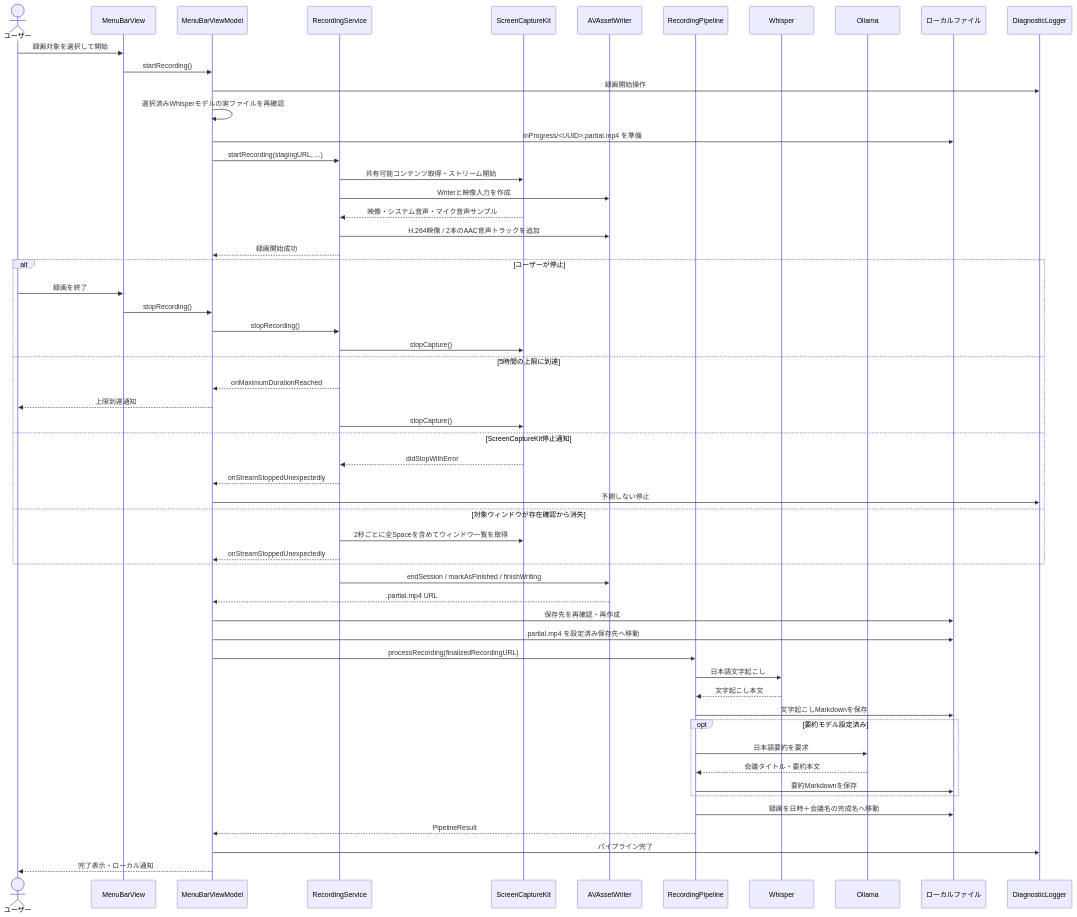
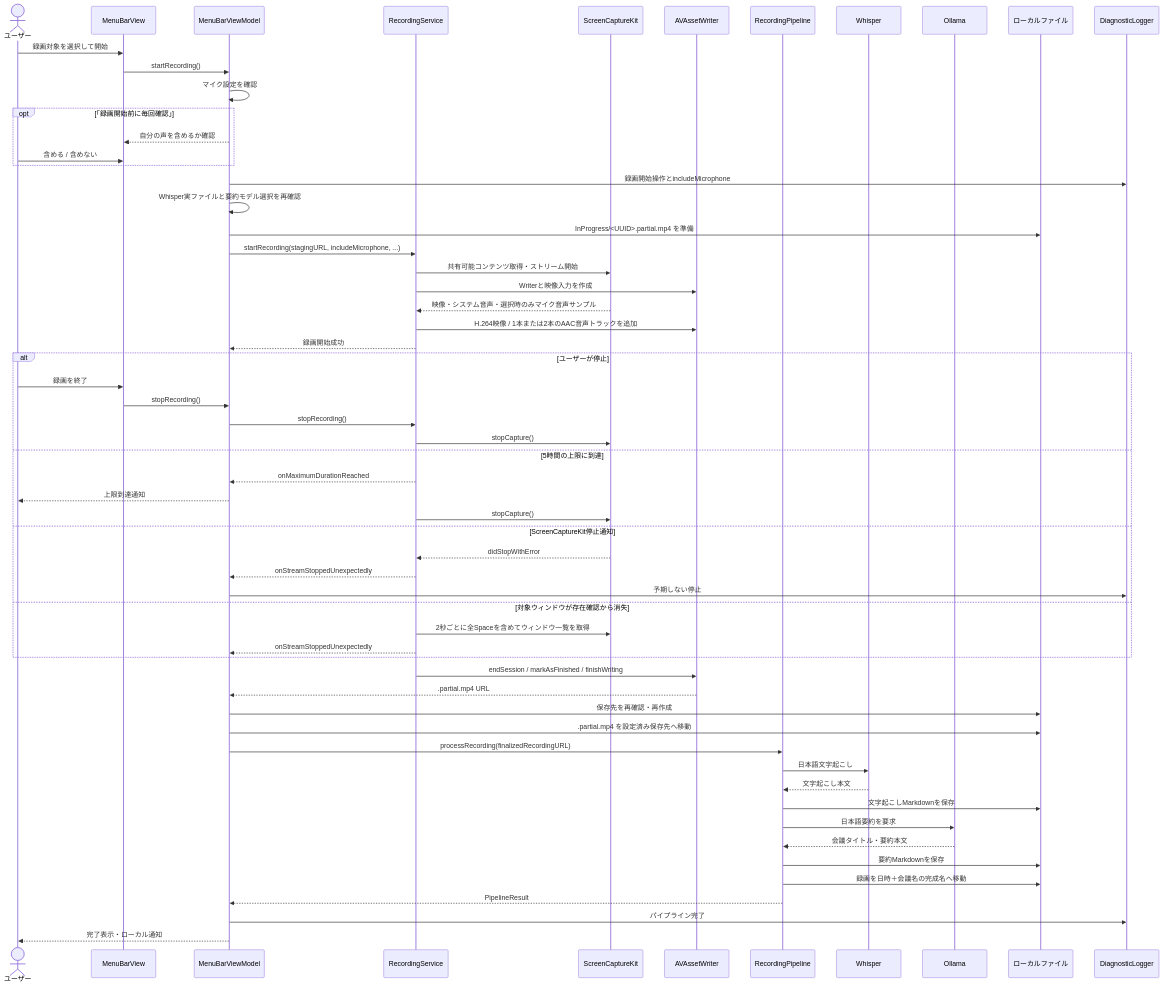
Before and after one commit to shu-pf/meeting-scribe: the second of 2 diagrams in internal-docs/application-lifecycle.md, drawn with Mermaid. The commit also changed other lines of this file and 17 other files, not shown here.

````diff
--- a/internal-docs/application-lifecycle.md
+++ b/internal-docs/application-lifecycle.md
@@ -72,64 +113,67 @@
 ```mermaid
 sequenceDiagram
     actor User as ユーザー
     participant UI as MenuBarView
     participant VM as MenuBarViewModel
     participant RS as RecordingService
     participant SC as ScreenCaptureKit
     participant AW as AVAssetWriter
     participant PL as RecordingPipeline
     participant WH as Whisper
     participant OL as Ollama
     participant FS as ローカルファイル
     participant LOG as DiagnosticLogger
 
     User->>UI: 録画対象を選択して開始
     UI->>VM: startRecording()
-    VM->>LOG: 録画開始操作
-    VM->>VM: 選択済みWhisperモデルの実ファイルを再確認
+    VM->>VM: マイク設定を確認
+    opt 「録画開始前に毎回確認」
+        VM-->>UI: 自分の声を含めるか確認
+        User->>UI: 含める / 含めない
+    end
+    VM->>LOG: 録画開始操作とincludeMicrophone
+    VM->>VM: Whisper実ファイルと要約モデル選択を再確認
     VM->>FS: InProgress/<UUID>.partial.mp4 を準備
-    VM->>RS: startRecording(stagingURL, ...)
+    VM->>RS: startRecording(stagingURL, includeMicrophone, ...)
     RS->>SC: 共有可能コンテンツ取得・ストリーム開始
     RS->>AW: Writerと映像入力を作成
-    SC-->>RS: 映像・システム音声・マイク音声サンプル
-    RS->>AW: H.264映像 / 2本のAAC音声トラックを追加
+    SC-->>RS: 映像・システム音声・選択時のみマイク音声サンプル
+    RS->>AW: H.264映像 / 1本または2本のAAC音声トラックを追加
     RS-->>VM: 録画開始成功
 
     alt ユーザーが停止
         User->>UI: 録画を終了
         UI->>VM: stopRecording()
         VM->>RS: stopRecording()
         RS->>SC: stopCapture()
     else 5時間の上限に到達
         RS-->>VM: onMaximumDurationReached
         VM-->>User: 上限到達通知
         RS->>SC: stopCapture()
     else ScreenCaptureKit停止通知
         SC-->>RS: didStopWithError
         RS-->>VM: onStreamStoppedUnexpectedly
         VM->>LOG: 予期しない停止
     else 対象ウィンドウが存在確認から消失
         RS->>SC: 2秒ごとに全Spaceを含めてウィンドウ一覧を取得
         RS-->>VM: onStreamStoppedUnexpectedly
     end
 
     RS->>AW: endSession / markAsFinished / finishWriting
     AW-->>VM: .partial.mp4 URL
     VM->>FS: 保存先を再確認・再作成
     VM->>FS: .partial.mp4 を設定済み保存先へ移動
     VM->>PL: processRecording(finalizedRecordingURL)
     PL->>WH: 日本語文字起こし
     WH-->>PL: 文字起こし本文
     PL->>FS: 文字起こしMarkdownを保存
 
-    opt 要約モデル設定済み
-        PL->>OL: 日本語要約を要求
-        OL-->>PL: 会議タイトル・要約本文
-        PL->>FS: 要約Markdownを保存
-    end
+    PL->>OL: 日本語要約を要求
+    OL-->>PL: 会議タイトル・要約本文
+    PL->>FS: 要約Markdownを保存
 
     PL->>FS: 録画を日時＋会議名の完成名へ移動
     PL-->>VM: PipelineResult
     VM->>LOG: パイプライン完了
     VM-->>User: 完了表示・ローカル通知
 ```
````
